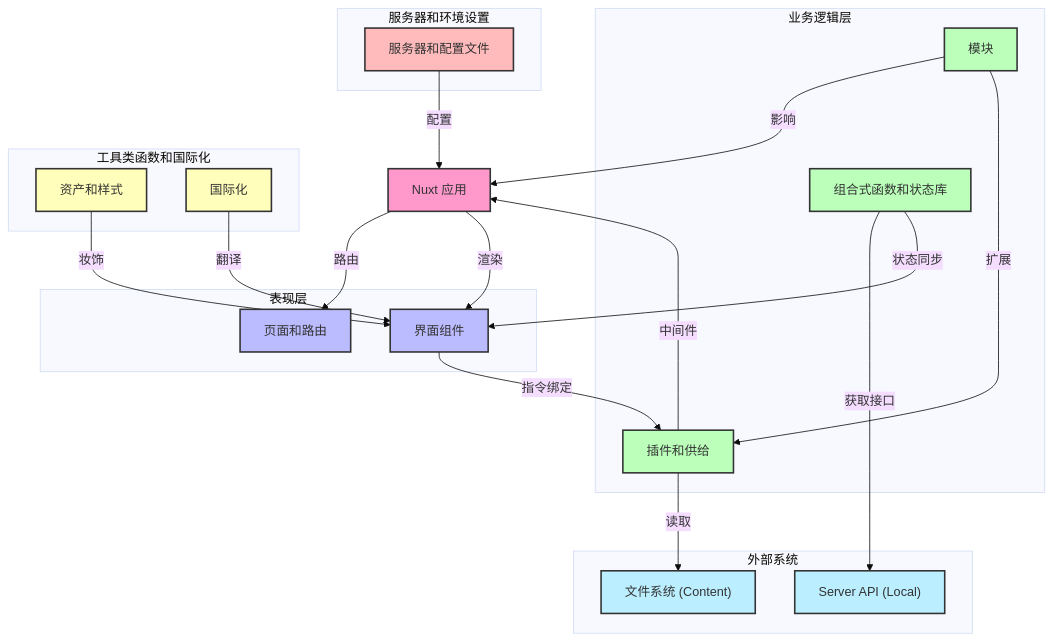
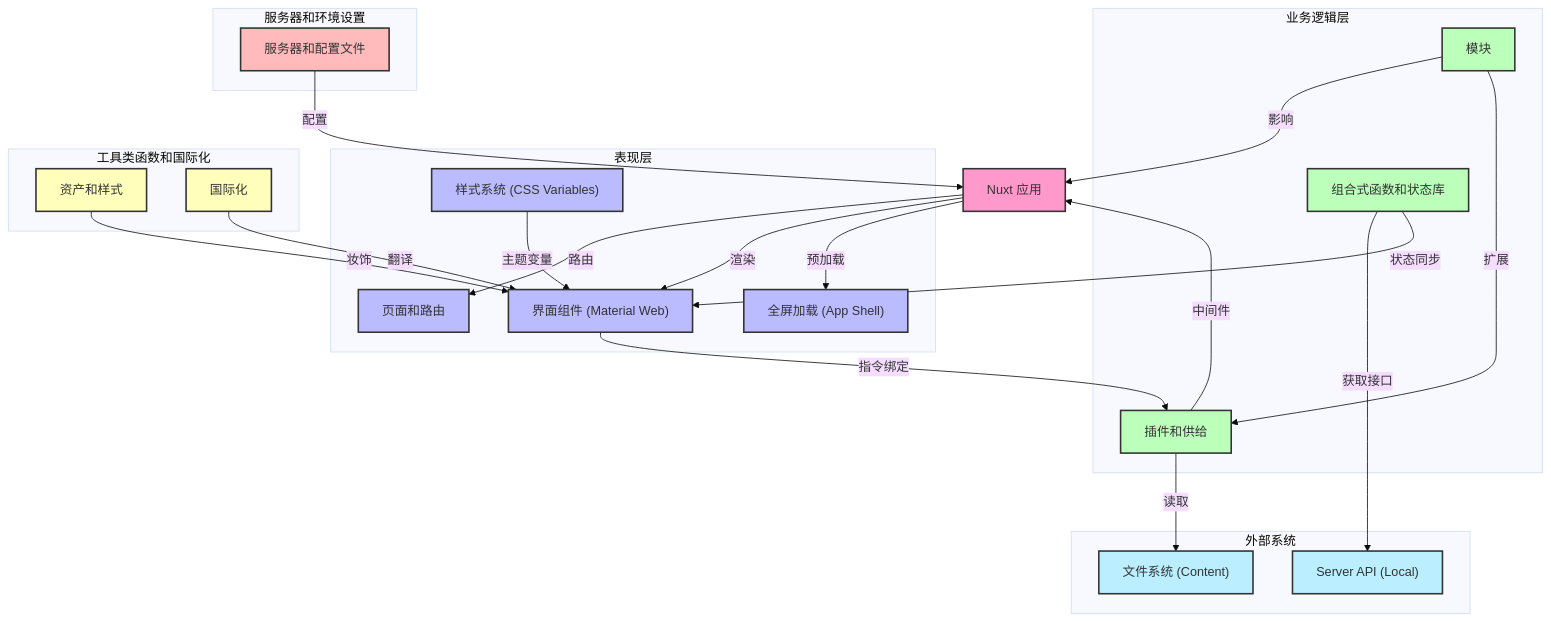
The diagram in README.md (ArishiRei/rei-web), drawn with Mermaid (base theme) before and after one commit. The commit also changed other lines of this file and 223 other files, not shown here.

````diff
--- a/README.md
+++ b/README.md
@@ -12,57 +12,61 @@
 ```mermaid
 flowchart TD
     %% 核心应用
     NuxtApp["Nuxt 应用"]:::frontend
 
     %% 表现层
     subgraph "表现层"
         Pages["页面和路由"]:::presentation
-        UIComponents["界面组件"]:::presentation
+        UIComponents["界面组件 (Material Web)"]:::presentation
+        Loading["全屏加载 (App Shell)"]:::presentation
+        Styles["样式系统 (CSS Variables)"]:::presentation
     end
 
     %% 业务逻辑层
     subgraph "业务逻辑层"
         ComposablesStores["组合式函数和状态库"]:::business
         Modules["模块"]:::business
         PluginsProviders["插件和供给"]:::business
     end
 
     %% 工具类函数和国际化
     subgraph "工具类函数和国际化"
         AssetsStyling["资产和样式"]:::utilities
         Internationalization["国际化"]:::utilities
     end
 
     %% 服务器和环境设置
     subgraph "服务器和环境设置"
         ServerEnv["服务器和配置文件"]:::server
     end
 
     %% 外部系统
     subgraph "外部系统"
         Backend["Server API (Local)"]:::external
         FileSystem["文件系统 (Content)"]:::external
     end
 
     %% Connections between layers
     NuxtApp -->|"路由"| Pages
     NuxtApp -->|"渲染"| UIComponents
+    NuxtApp -->|"预加载"| Loading
     Modules -->|"影响"| NuxtApp
     PluginsProviders -->|"中间件"| NuxtApp
     ComposablesStores -->|"获取接口"| Backend
     PluginsProviders -->|"读取"| FileSystem
     UIComponents -->|"指令绑定"| PluginsProviders
     AssetsStyling -->|"妆饰"| UIComponents
+    Styles -->|"主题变量"| UIComponents
     Internationalization -->|"翻译"| UIComponents
     ComposablesStores -->|"状态同步"| UIComponents
     Modules -->|"扩展"| PluginsProviders
     ServerEnv -->|"配置"| NuxtApp
 
     %% Class definitions with colors
     classDef frontend fill:#f9c,stroke:#333,stroke-width:2px;
     classDef presentation fill:#bbf,stroke:#333,stroke-width:2px;
     classDef business fill:#bfb,stroke:#333,stroke-width:2px;
     classDef utilities fill:#ffb,stroke:#333,stroke-width:2px;
     classDef server fill:#fbb,stroke:#333,stroke-width:2px;
     classDef external fill:#bef,stroke:#333,stroke-width:2px;
 ```
````
